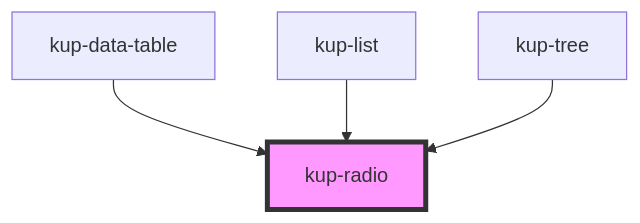
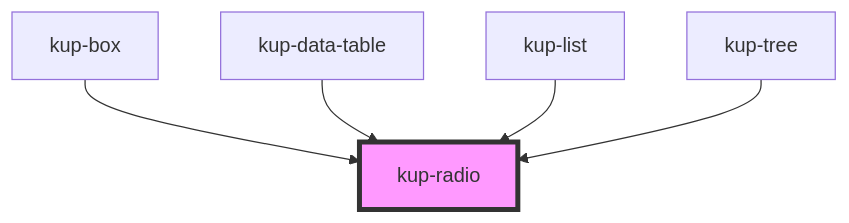
The diagram in packages/ketchup/src/components/kup-radio/readme.md (smeup/ketchup), drawn with Mermaid before and after one commit. The commit also changed other lines of this file and 1 other file, not shown here.

````diff
--- a/packages/ketchup/src/components/kup-radio/readme.md
+++ b/packages/ketchup/src/components/kup-radio/readme.md
@@ -50,7 +51,8 @@
 ```mermaid
 graph TD;
+  kup-box --> kup-radio
   kup-data-table --> kup-radio
   kup-list --> kup-radio
   kup-tree --> kup-radio
   style kup-radio fill:#f9f,stroke:#333,stroke-width:4px
 ```
````
